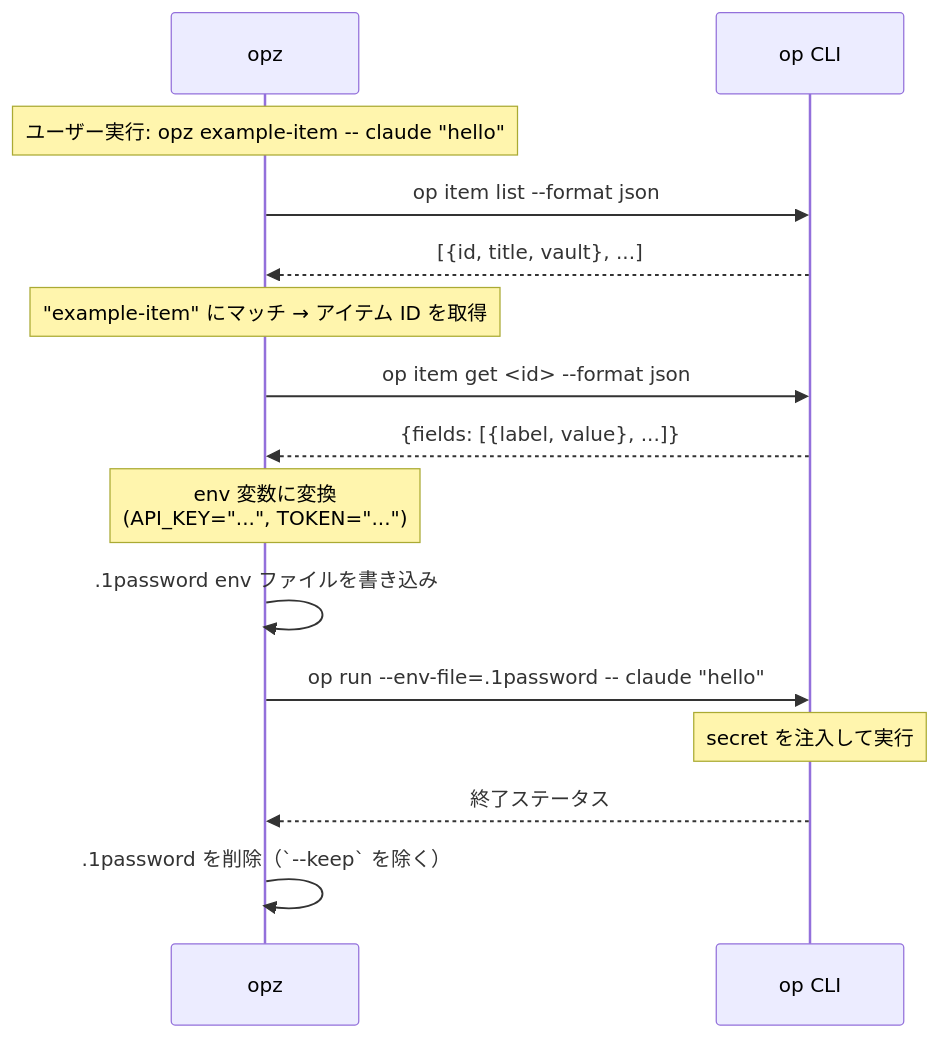
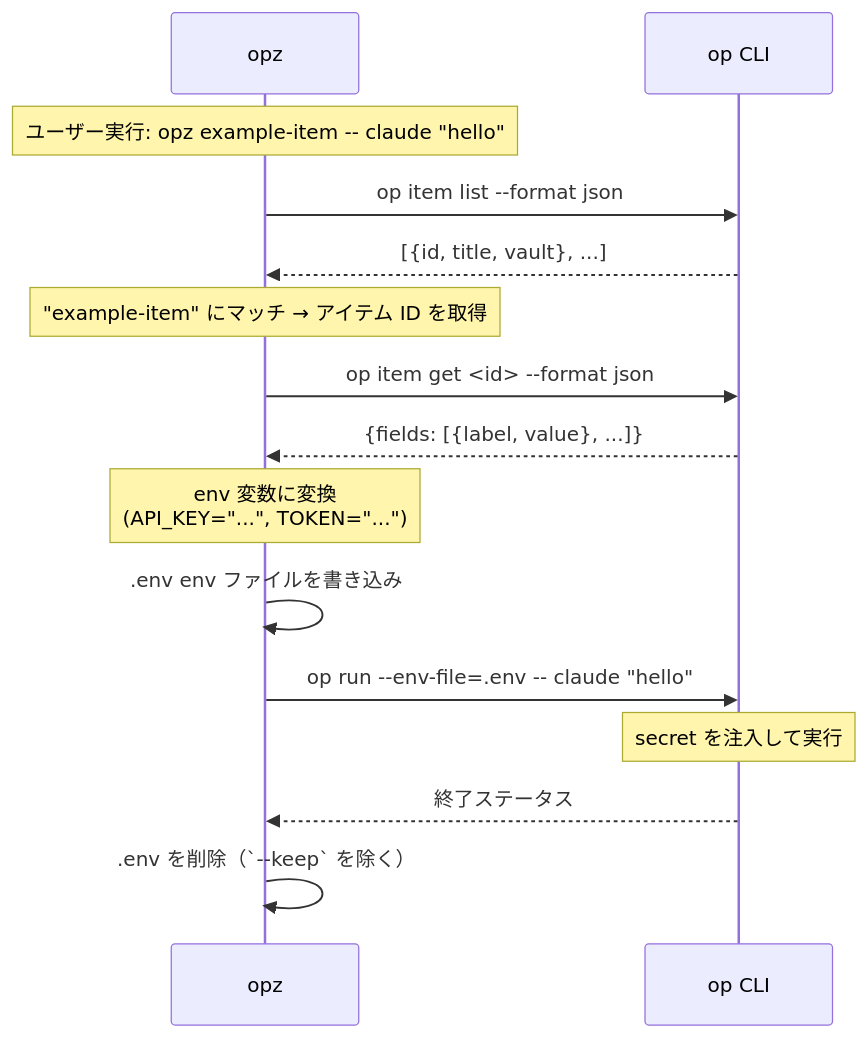
One commit to f4ah6o/opx changed the diagram in README.ja.md. Above: the diagram before and after it, drawn with Mermaid. The commit also changed other lines of this file and 2 other files, not shown here.

Commit message:
Add env file option defaults and append handling

````diff
--- a/README.ja.md
+++ b/README.ja.md
@@ -72,23 +72,23 @@
 ```mermaid
 sequenceDiagram
     participant opz
     participant op as op CLI
 
     Note over opz: ユーザー実行: opz example-item -- claude "hello"
 
     opz->>op: op item list --format json
     op-->>opz: [{id, title, vault}, ...]
     Note over opz: "example-item" にマッチ → アイテム ID を取得
 
     opz->>op: op item get <id> --format json
     op-->>opz: {fields: [{label, value}, ...]}
     Note over opz: env 変数に変換<br/>(API_KEY="...", TOKEN="...")
 
-    opz->>opz: .1password env ファイルを書き込み
+    opz->>opz: .env env ファイルを書き込み
 
-    opz->>op: op run --env-file=.1password -- claude "hello"
+    opz->>op: op run --env-file=.env -- claude "hello"
     Note over op: secret を注入して実行
     op-->>opz: 終了ステータス
 
-    opz->>opz: .1password を削除（`--keep` を除く）
+    opz->>opz: .env を削除（`--keep` を除く）
 ```
````
